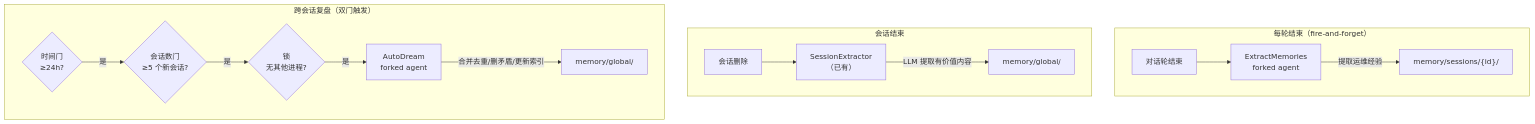
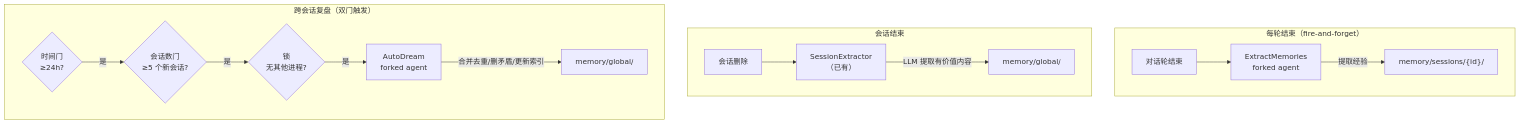
The fifth of 6 diagrams in docs/DESIGN.md (int2t05/Cognik), drawn with Mermaid before and after one commit. The commit also changed other lines of this file and 23 other files, not shown here.

````diff
--- a/docs/DESIGN.md
+++ b/docs/DESIGN.md
@@ -345,17 +345,17 @@
 ```mermaid
 flowchart TB
     subgraph 每轮["每轮结束（fire-and-forget）"]
         STOP["对话轮结束"] --> EM["ExtractMemories<br/>forked agent"]
-        EM -->|"提取运维经验"| SES["memory/sessions/{id}/"]
+        EM -->|"提取经验"| SES["memory/sessions/{id}/"]
     end
     subgraph 会话结束["会话结束"]
         END["会话删除"] --> SE["SessionExtractor<br/>（已有）"]
         SE -->|"LLM 提取有价值内容"| GLO["memory/global/"]
     end
     subgraph 跨会话["跨会话复盘（双门触发）"]
         G1{"时间门<br/>≥24h?"} -->|"是"| G2{"会话数门<br/>≥5 个新会话?"}
         G2 -->|"是"| G3{"锁<br/>无其他进程?"}
         G3 -->|"是"| AD["AutoDream<br/>forked agent"]
         AD -->|"合并去重/删矛盾/更新索引"| GLO2["memory/global/"]
     end
 ```
````
